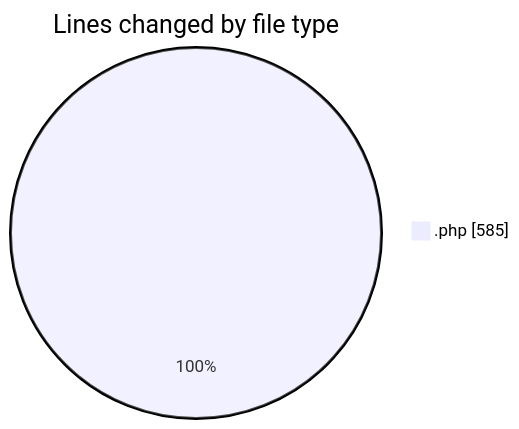
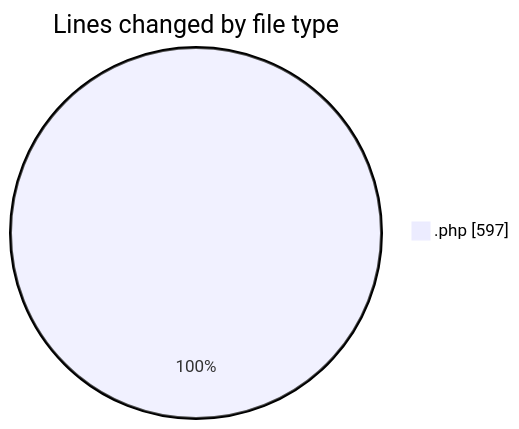
The first of 2 diagrams in 2025-05-28/studio-backend/README.md (idhammustaqopulfikri/code-tracking), drawn with Mermaid before and after one commit. The commit also changed other lines of this file and 1 other file, not shown here.

````diff
--- a/2025-05-28/studio-backend/README.md
+++ b/2025-05-28/studio-backend/README.md
@@ -32,5 +33,5 @@
 ```mermaid
 pie showData
 title Lines changed by file type
-".php" : 585
+".php" : 597
 ```
````
